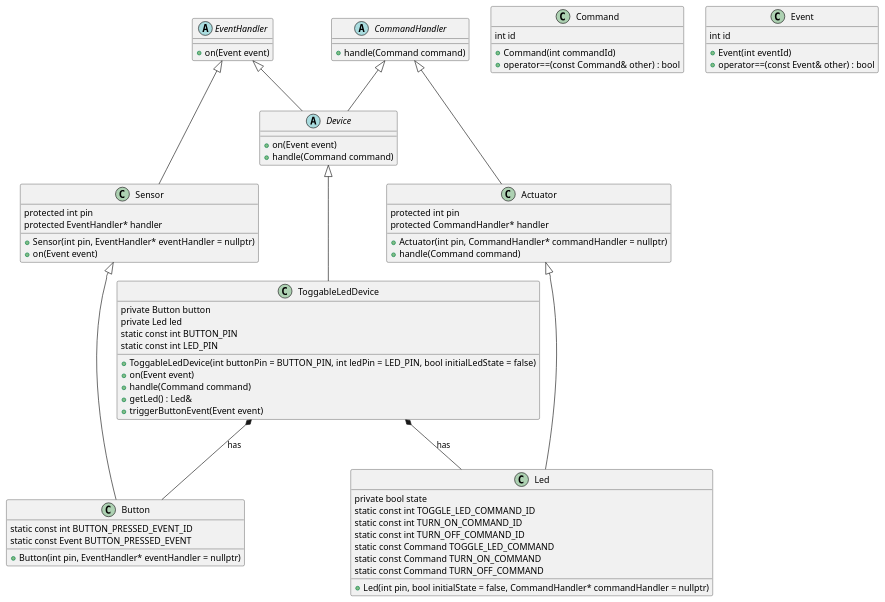
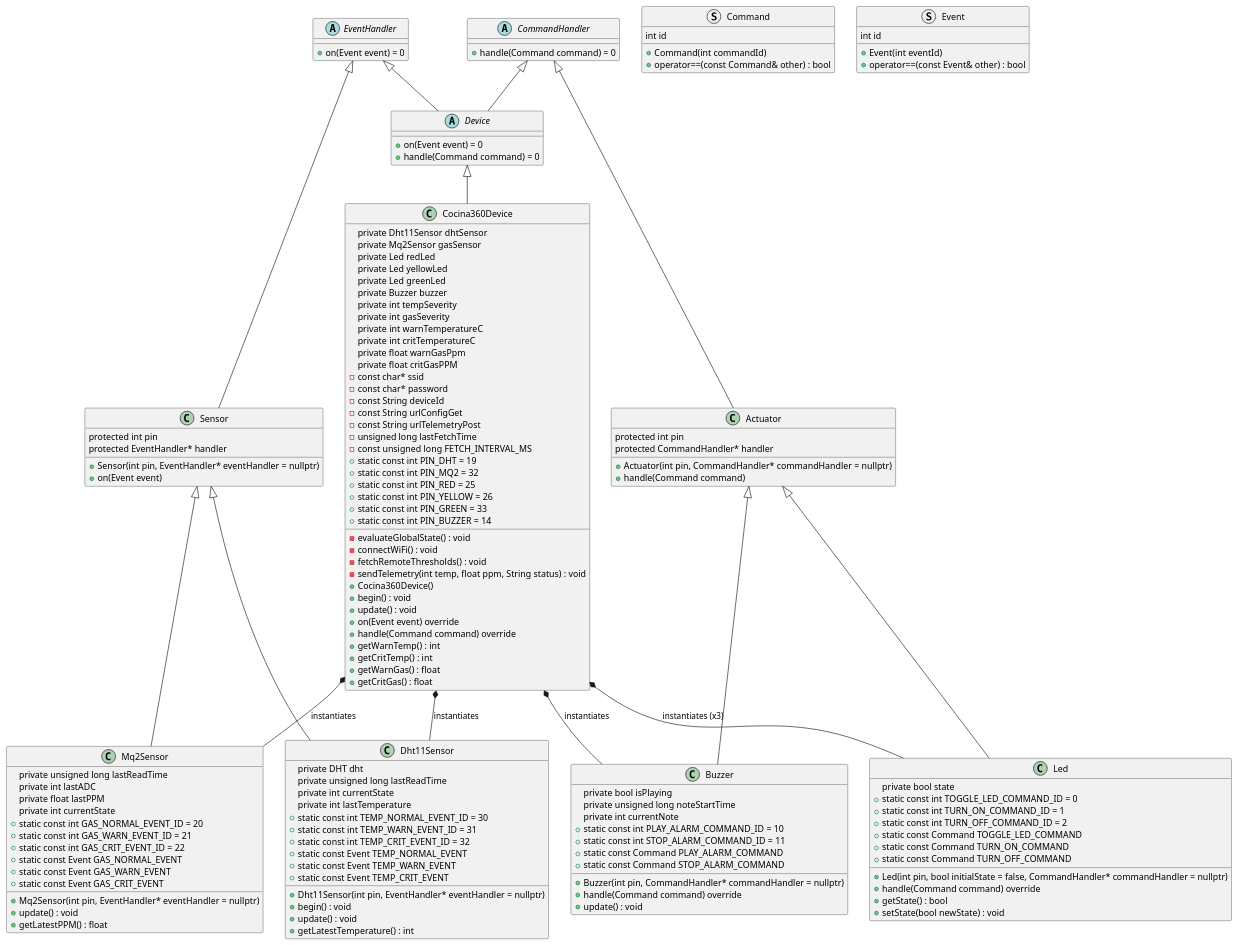
The diagram in class-diagram.puml (Soulware-IoT/embedded), drawn with PlantUML before and after one commit. The commit also changed 7 other files, not shown here.

```diff
--- a/class-diagram.puml
+++ b/class-diagram.puml
@@ -1,89 +1,159 @@
 @startuml
 
-' Render base classes/interfaces at the top, descendants below (top-down hierarchy)
 top to bottom direction
 
-' Structs
-class Command {
+struct Command {
     int id
     +Command(int commandId)
     +operator==(const Command& other) : bool
 }
-class Event {
+
+struct Event {
     int id
     +Event(int eventId)
     +operator==(const Event& other) : bool
 }
 
-' Interfaces / Abstract Classes
 abstract class CommandHandler {
-    +handle(Command command)
-}
-abstract class EventHandler {
-    +on(Event event)
+    +handle(Command command) = 0
 }
 
-' Device (inherits from both interfaces)
+abstract class EventHandler {
+    +on(Event event) = 0
+}
+
 abstract class Device {
-    +on(Event event)
-    +handle(Command command)
+    +on(Event event) = 0
+    +handle(Command command) = 0
 }
 Device -up-|> EventHandler
 Device -up-|> CommandHandler
 
-' Sensor (inherits from EventHandler)
 class Sensor {
     protected int pin
     protected EventHandler* handler
     +Sensor(int pin, EventHandler* eventHandler = nullptr)
     +on(Event event)
 }
 Sensor -up-|> EventHandler
 
-' Actuator (inherits from CommandHandler)
 class Actuator {
     protected int pin
     protected CommandHandler* handler
     +Actuator(int pin, CommandHandler* commandHandler = nullptr)
     +handle(Command command)
 }
 Actuator -up-|> CommandHandler
 
-' Button (inherits from Sensor)
-class Button {
-    static const int BUTTON_PRESSED_EVENT_ID
-    static const Event BUTTON_PRESSED_EVENT
-    +Button(int pin, EventHandler* eventHandler = nullptr)
+class Dht11Sensor {
+    private DHT dht
+    private unsigned long lastReadTime
+    private int currentState
+    private int lastTemperature
+    +static const int TEMP_NORMAL_EVENT_ID = 30
+    +static const int TEMP_WARN_EVENT_ID = 31
+    +static const int TEMP_CRIT_EVENT_ID = 32
+    +static const Event TEMP_NORMAL_EVENT
+    +static const Event TEMP_WARN_EVENT
+    +static const Event TEMP_CRIT_EVENT
+    +Dht11Sensor(int pin, EventHandler* eventHandler = nullptr)
+    +begin() : void
+    +update() : void
+    +getLatestTemperature() : int
 }
-Button -up-|> Sensor
+Dht11Sensor -up-|> Sensor
 
-' Led (inherits from Actuator)
+class Mq2Sensor {
+    private unsigned long lastReadTime
+    private int lastADC
+    private float lastPPM
+    private int currentState
+    +static const int GAS_NORMAL_EVENT_ID = 20
+    +static const int GAS_WARN_EVENT_ID = 21
+    +static const int GAS_CRIT_EVENT_ID = 22
+    +static const Event GAS_NORMAL_EVENT
+    +static const Event GAS_WARN_EVENT
+    +static const Event GAS_CRIT_EVENT
+    +Mq2Sensor(int pin, EventHandler* eventHandler = nullptr)
+    +update() : void
+    +getLatestPPM() : float
+}
+Mq2Sensor -up-|> Sensor
+
 class Led {
     private bool state
-    static const int TOGGLE_LED_COMMAND_ID
-    static const int TURN_ON_COMMAND_ID
-    static const int TURN_OFF_COMMAND_ID
-    static const Command TOGGLE_LED_COMMAND
-    static const Command TURN_ON_COMMAND
-    static const Command TURN_OFF_COMMAND
+    +static const int TOGGLE_LED_COMMAND_ID = 0
+    +static const int TURN_ON_COMMAND_ID = 1
+    +static const int TURN_OFF_COMMAND_ID = 2
+    +static const Command TOGGLE_LED_COMMAND
+    +static const Command TURN_ON_COMMAND
+    +static const Command TURN_OFF_COMMAND
     +Led(int pin, bool initialState = false, CommandHandler* commandHandler = nullptr)
+    +handle(Command command) override
+    +getState() : bool
+    +setState(bool newState) : void
 }
 Led -up-|> Actuator
 
-' ToggableLedDevice (inherits from Device)
-class ToggableLedDevice {
-    private Button button
-    private Led led
-    static const int BUTTON_PIN
-    static const int LED_PIN
-    +ToggableLedDevice(int buttonPin = BUTTON_PIN, int ledPin = LED_PIN, bool initialLedState = false)
-    +on(Event event)
-    +handle(Command command)
-    +getLed() : Led&
-    +triggerButtonEvent(Event event)
+class Buzzer {
+    private bool isPlaying
+    private unsigned long noteStartTime
+    private int currentNote
+    +static const int PLAY_ALARM_COMMAND_ID = 10
+    +static const int STOP_ALARM_COMMAND_ID = 11
+    +static const Command PLAY_ALARM_COMMAND
+    +static const Command STOP_ALARM_COMMAND
+    +Buzzer(int pin, CommandHandler* commandHandler = nullptr)
+    +handle(Command command) override
+    +update() : void
 }
-ToggableLedDevice -up-|> Device
-ToggableLedDevice *-- Button : has
-ToggableLedDevice *-- Led : has
+Buzzer -up-|> Actuator
+
+class Cocina360Device {
+    private Dht11Sensor dhtSensor
+    private Mq2Sensor gasSensor
+    private Led redLed
+    private Led yellowLed
+    private Led greenLed
+    private Buzzer buzzer
+    private int tempSeverity
+    private int gasSeverity
+    private int warnTemperatureC
+    private int critTemperatureC
+    private float warnGasPpm
+    private float critGasPPM
+    -const char* ssid
+    -const char* password
+    -const String deviceId
+    -const String urlConfigGet
+    -const String urlTelemetryPost
+    -unsigned long lastFetchTime
+    -const unsigned long FETCH_INTERVAL_MS
+    -evaluateGlobalState() : void
+    -connectWiFi() : void
+    -fetchRemoteThresholds() : void
+    -sendTelemetry(int temp, float ppm, String status) : void
+    +static const int PIN_DHT = 19
+    +static const int PIN_MQ2 = 32
+    +static const int PIN_RED = 25
+    +static const int PIN_YELLOW = 26
+    +static const int PIN_GREEN = 33
+    +static const int PIN_BUZZER = 14
+    +Cocina360Device()
+    +begin() : void
+    +update() : void
+    +on(Event event) override
+    +handle(Command command) override
+    +getWarnTemp() : int
+    +getCritTemp() : int
+    +getWarnGas() : float
+    +getCritGas() : float
+}
+Cocina360Device -up-|> Device
+
+Cocina360Device *-- Dht11Sensor : instantiates
+Cocina360Device *-- Mq2Sensor : instantiates
+Cocina360Device *-- Led : instantiates (x3)
+Cocina360Device *-- Buzzer : instantiates
 
 @enduml
```
